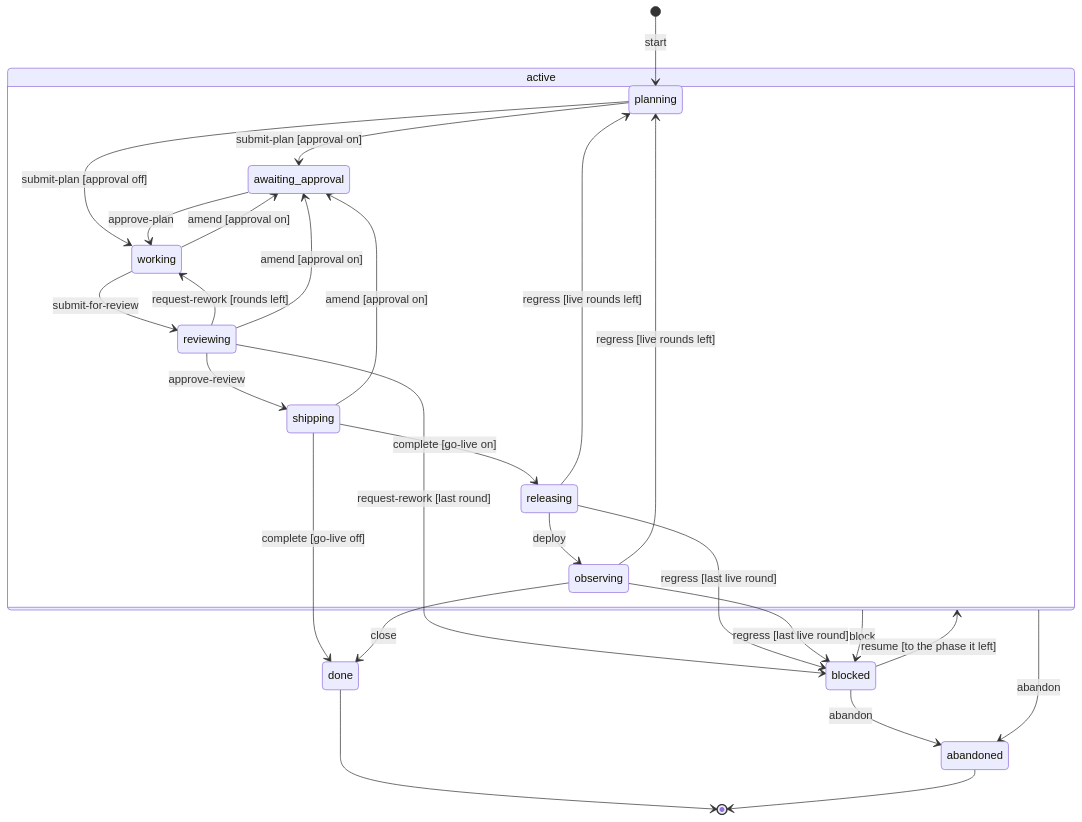
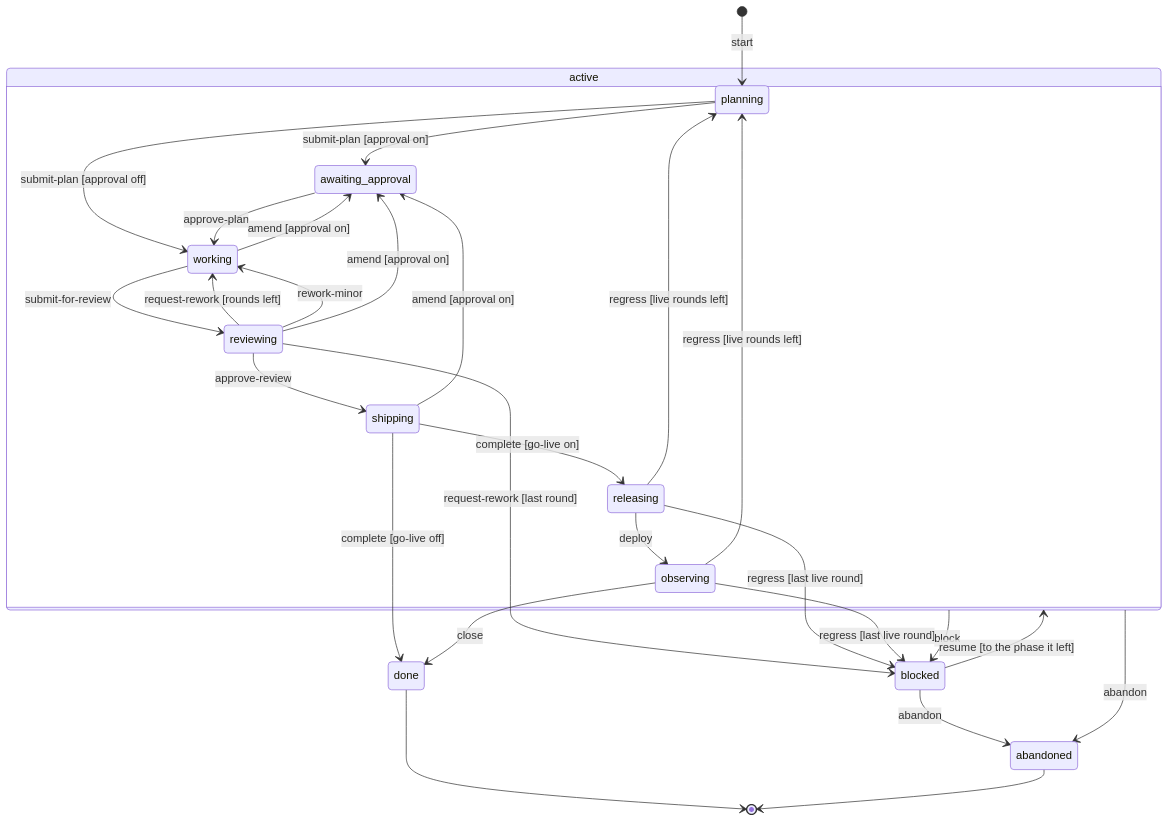
Before and after one commit to 90p-labs/harness: the second of 2 diagrams in docs/runs.md, drawn with Mermaid. The commit also changed other lines of this file and 7 other files, not shown here.

````diff
--- a/docs/runs.md
+++ b/docs/runs.md
@@ -162,30 +166,31 @@
 ```mermaid
 stateDiagram-v2
     [*] --> planning: start
     state active {
         planning --> awaiting_approval: submit-plan [approval on]
         planning --> working: submit-plan [approval off]
         awaiting_approval --> working: approve-plan
         working --> reviewing: submit-for-review
         reviewing --> working: request-rework [rounds left]
+        reviewing --> working: rework-minor
         reviewing --> shipping: approve-review
         working --> awaiting_approval: amend [approval on]
         reviewing --> awaiting_approval: amend [approval on]
         shipping --> awaiting_approval: amend [approval on]
         shipping --> releasing: complete [go-live on]
         releasing --> observing: deploy
         releasing --> planning: regress [live rounds left]
         observing --> planning: regress [live rounds left]
     }
     shipping --> done: complete [go-live off]
     observing --> done: close
     reviewing --> blocked: request-rework [last round]
     releasing --> blocked: regress [last live round]
     observing --> blocked: regress [last live round]
     active --> blocked: block
     active --> abandoned: abandon
     blocked --> active: resume [to the phase it left]
     blocked --> abandoned: abandon
     done --> [*]
     abandoned --> [*]
 ```
````
